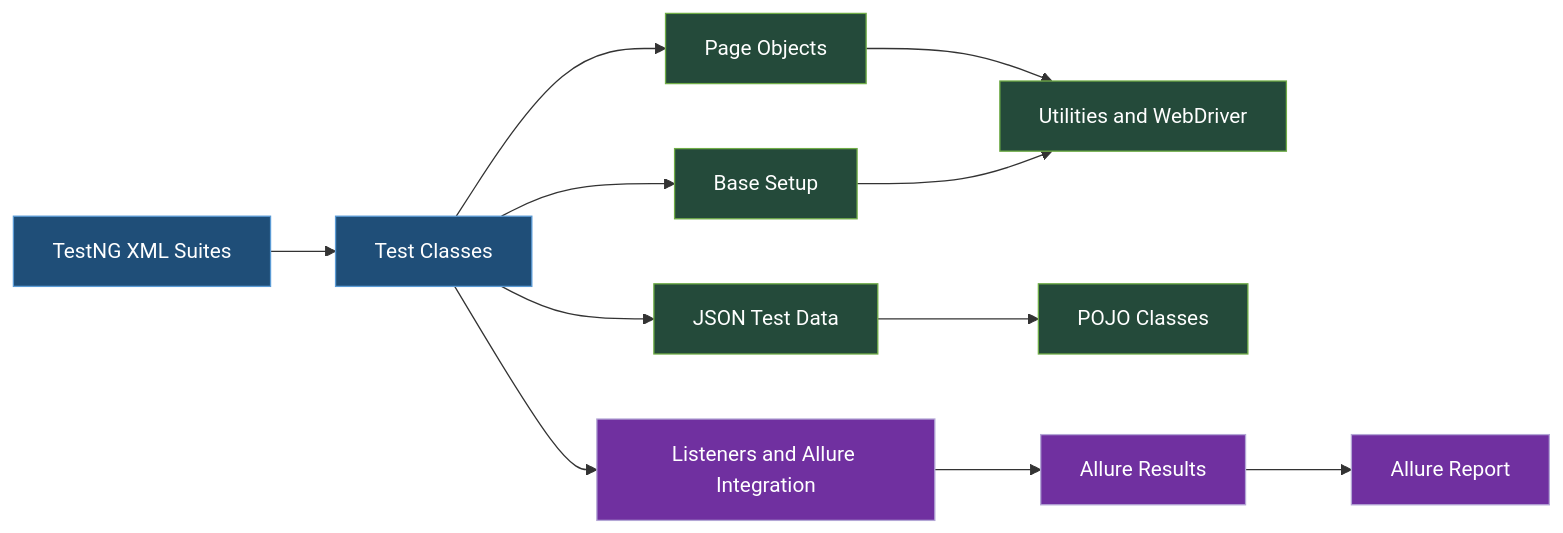
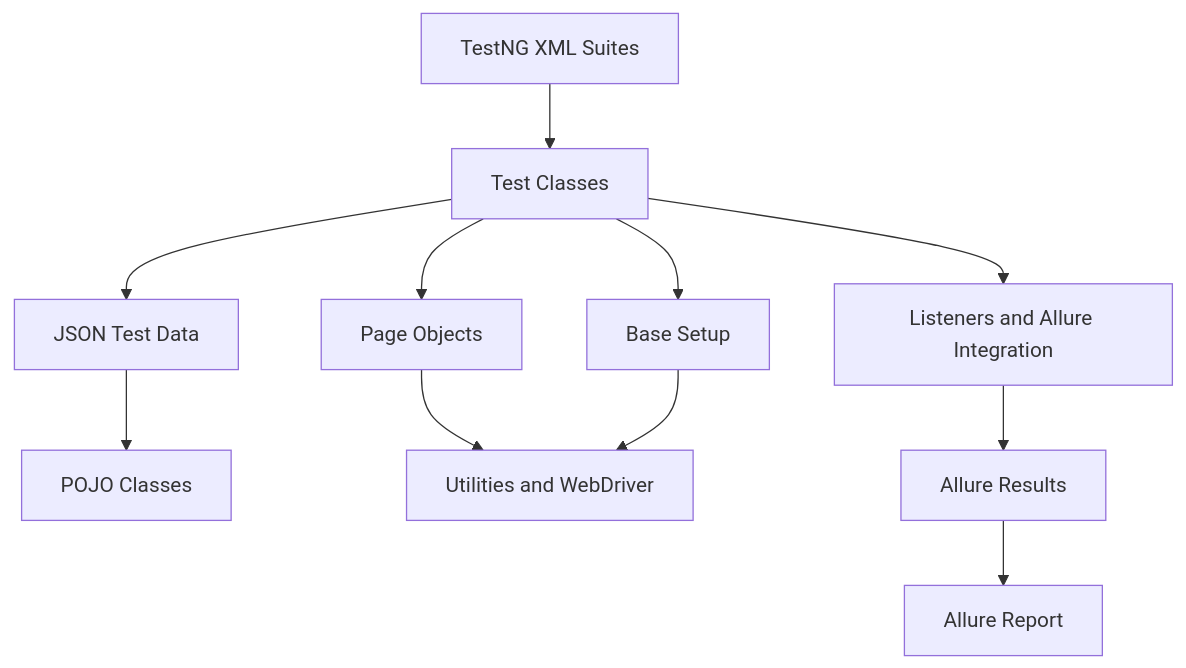
One commit to Hassnaa24/Automation-Exercise-UI-Automation-Project changed the diagram in README.md. Above: the diagram before and after it, drawn with Mermaid.

Commit message:
Fix Mermaid diagram rendering

````diff
--- a/README.md
+++ b/README.md
@@ -72,25 +72,13 @@
 ```mermaid
-flowchart LR
-    A["TestNG XML Suites"] --> B["Test Classes"]
-
-    B --> C["Page Objects"]
-    B --> D["JSON Test Data"]
-    B --> F["Base Setup"]
-    B --> H["Listeners and Allure Integration"]
-
-    C --> G["Utilities and WebDriver"]
-    F --> G
-
-    D --> E["POJO Classes"]
-
-    H --> I["Allure Results"]
-    I --> J["Allure Report"]
-
-    classDef test fill:#1f4e78,stroke:#5b9bd5,color:#ffffff
-    classDef support fill:#244a3a,stroke:#70ad47,color:#ffffff
-    classDef reporting fill:#7030a0,stroke:#b4a7d6,color:#ffffff
-
-    class A,B test
-    class C,D,E,F,G support
-    class H,I,J reporting
+flowchart TD
+    A[TestNG XML Suites] --> B[Test Classes]
+    B --> C[Page Objects]
+    B --> D[JSON Test Data]
+    D --> E[POJO Classes]
+    B --> F[Base Setup]
+    C --> G[Utilities and WebDriver]
+    F --> G
+    B --> H[Listeners and Allure Integration]
+    H --> I[Allure Results]
+    I --> J[Allure Report]
 ```
````
